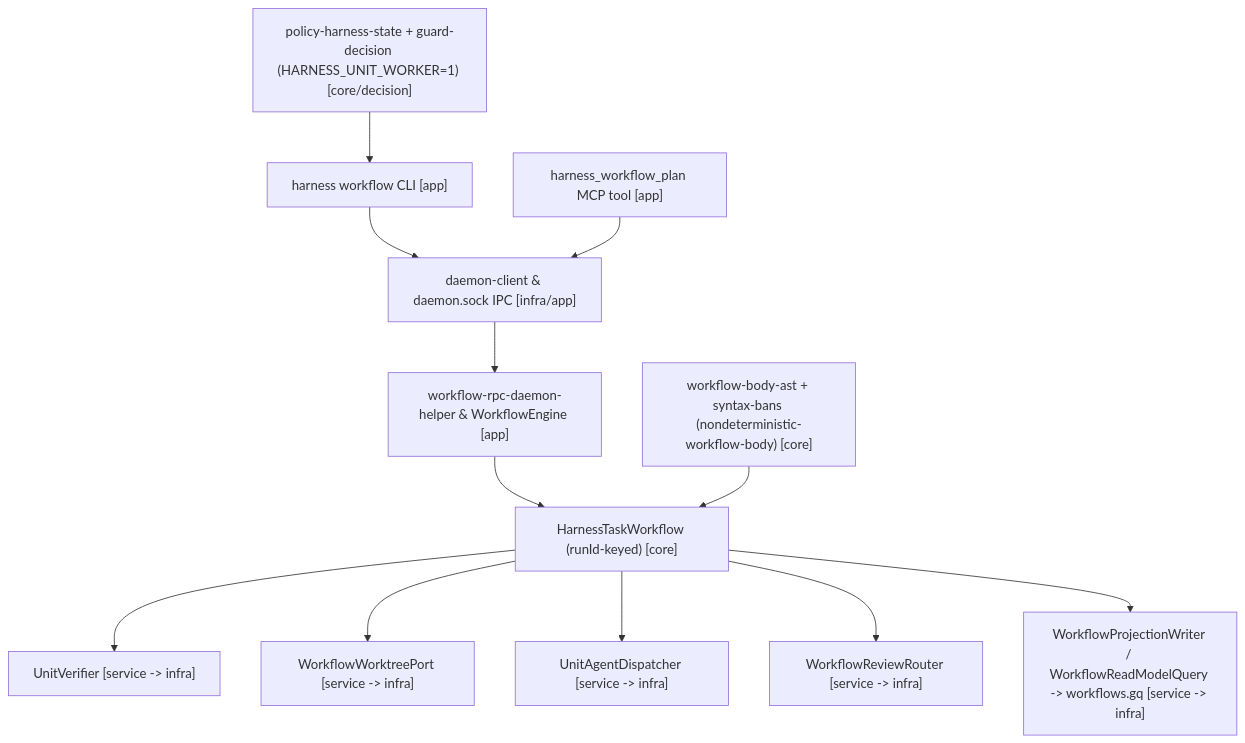
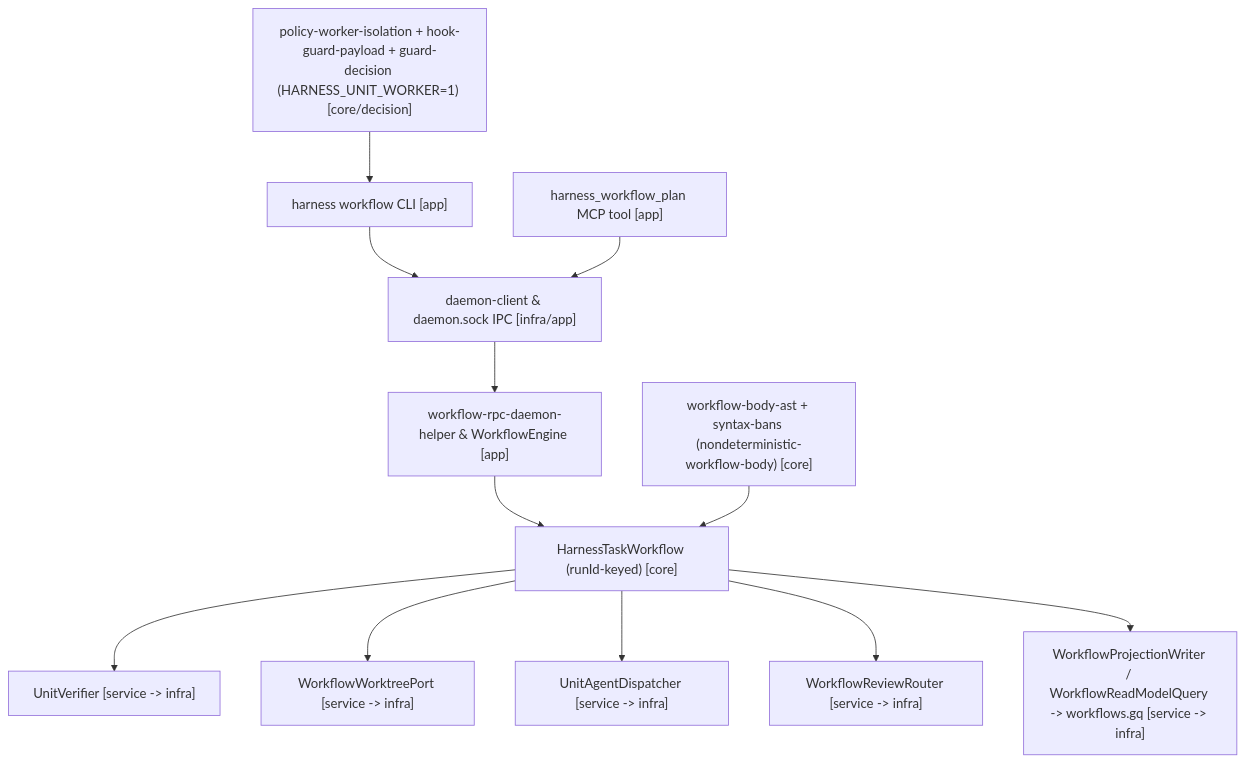
Before and after one commit to selmeci/effect-ts-harness: the diagram in libs/harness/docs/specs/2026-11-20-harness-task-workflow-cli-mcp-and-worker-isolation.md, drawn with Mermaid. The commit also changed other lines of this file and 74 other files, not shown here.

````diff
--- a/libs/harness/docs/specs/2026-11-20-harness-task-workflow-cli-mcp-and-worker-isolation.md
+++ b/libs/harness/docs/specs/2026-11-20-harness-task-workflow-cli-mcp-and-worker-isolation.md
@@ -174,14 +191,14 @@
 ```mermaid
 flowchart TD
   CLI["harness workflow CLI [app]"] --> IPC["daemon-client & daemon.sock IPC [infra/app]"]
   MCP["harness_workflow_plan MCP tool [app]"] --> IPC
   IPC --> DAEMON["workflow-rpc-daemon-helper & WorkflowEngine [app]"]
   DAEMON --> WF["HarnessTaskWorkflow (runId-keyed) [core]"]
   WF --> UV["UnitVerifier [service -> infra]"]
   WF --> WT["WorkflowWorktreePort [service -> infra]"]
   WF --> AD["UnitAgentDispatcher [service -> infra]"]
   WF --> RR["WorkflowReviewRouter [service -> infra]"]
   WF --> RM["WorkflowProjectionWriter / WorkflowReadModelQuery -> workflows.gq [service -> infra]"]
   AST["workflow-body-ast + syntax-bans (nondeterministic-workflow-body) [core]"] --> WF
-  GUARD["policy-harness-state + guard-decision (HARNESS_UNIT_WORKER=1) [core/decision]"] --> CLI
+  GUARD["policy-worker-isolation + hook-guard-payload + guard-decision (HARNESS_UNIT_WORKER=1) [core/decision]"] --> CLI
 ```
````
